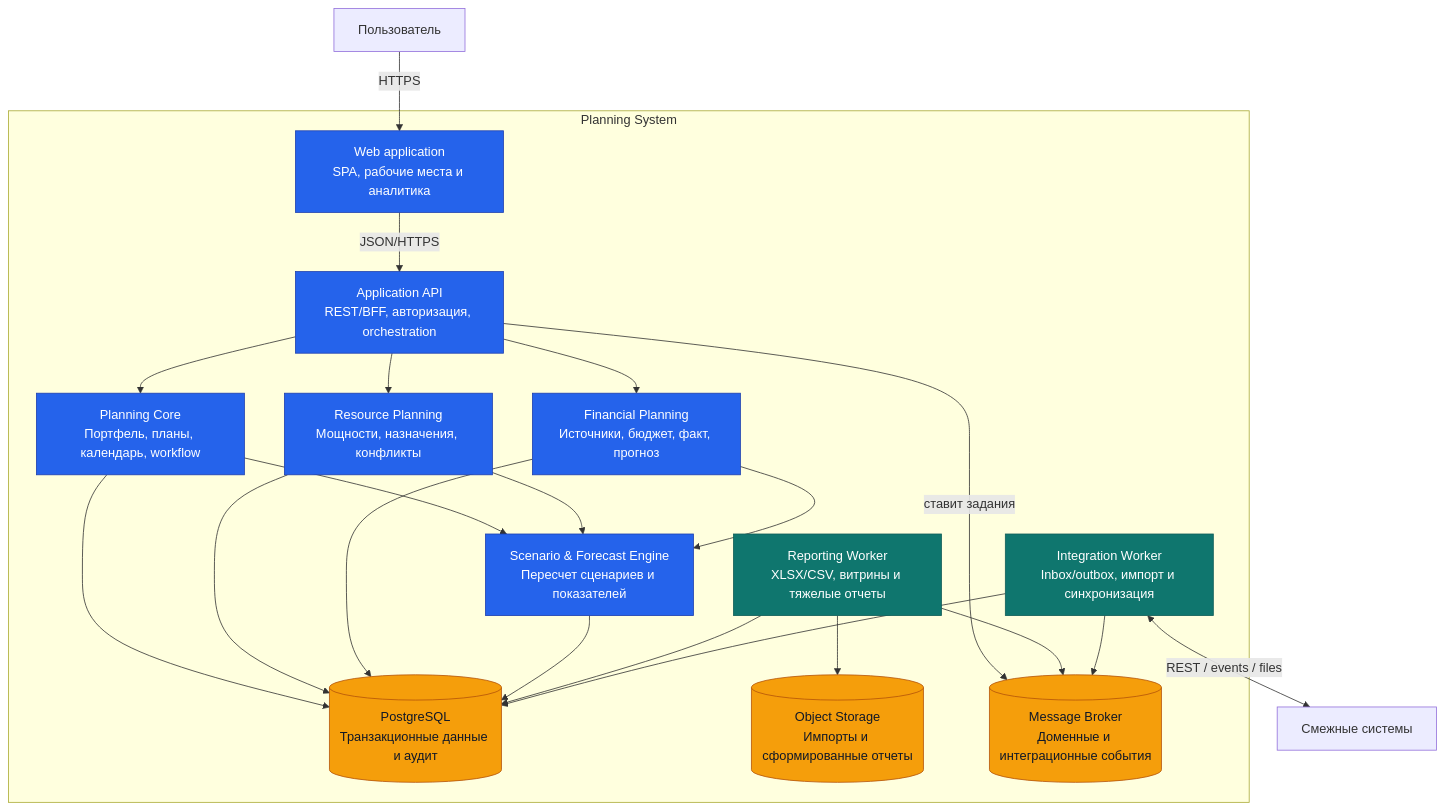
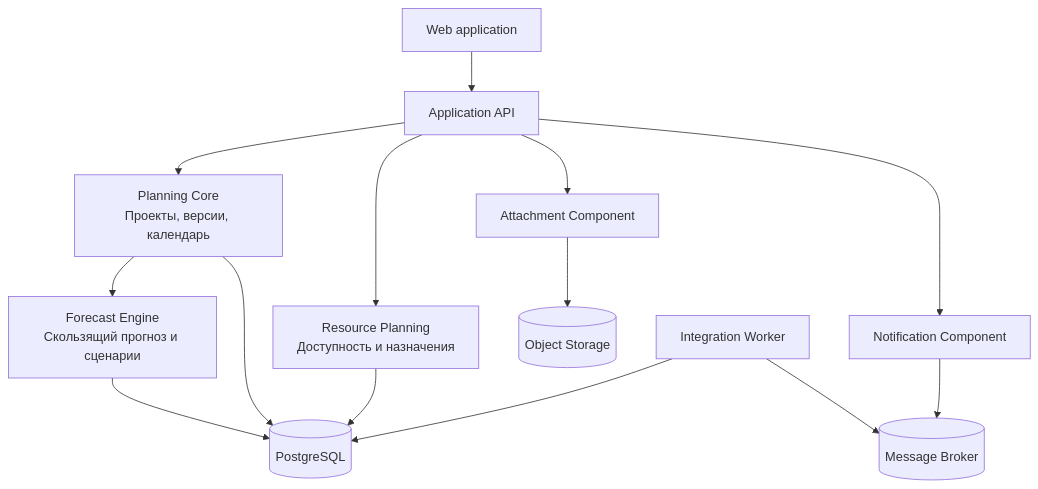
Before and after one commit to MEPhI-C22-501/arch-info-system-monorepo: the diagram in planning-system/docs/diagrams/02-c4-container.mmd, drawn with Mermaid. The commit also changed 15 other files, not shown here.

Commit message:
docs: finalize planning system requirements

```diff
--- a/planning-system/docs/diagrams/02-c4-container.mmd
+++ b/planning-system/docs/diagrams/02-c4-container.mmd
@@ -1,45 +1,14 @@
 flowchart TB
-  user["Пользователь"]
-  ext["Смежные системы"]
-
-  subgraph ps["Planning System"]
-    web["Web application<br/>SPA, рабочие места и аналитика"]
-    api["Application API<br/>REST/BFF, авторизация, orchestration"]
-    core["Planning Core<br/>Портфель, планы, календарь, workflow"]
-    res["Resource Planning<br/>Мощности, назначения, конфликты"]
-    money["Financial Planning<br/>Источники, бюджет, факт, прогноз"]
-    calc["Scenario & Forecast Engine<br/>Пересчет сценариев и показателей"]
-    report["Reporting Worker<br/>XLSX/CSV, витрины и тяжелые отчеты"]
-    integration["Integration Worker<br/>Inbox/outbox, импорт и синхронизация"]
-    db[("PostgreSQL<br/>Транзакционные данные и аудит")]
-    objects[("Object Storage<br/>Импорты и сформированные отчеты")]
-    broker[("Message Broker<br/>Доменные и интеграционные события")]
-  end
-
-  user -->|"HTTPS"| web
-  web -->|"JSON/HTTPS"| api
-  api --> core
-  api --> res
-  api --> money
-  core --> calc
-  res --> calc
-  money --> calc
-  core --> db
-  res --> db
-  money --> db
-  calc --> db
-  api -->|"ставит задания"| broker
-  report --> broker
-  integration --> broker
-  report --> db
-  report --> objects
-  integration --> db
-  integration <-->|"REST / events / files"| ext
-
-  classDef boundary fill:#f8fafc,stroke:#94a3b8;
-  classDef container fill:#2563eb,color:#fff,stroke:#1e40af;
-  classDef worker fill:#0f766e,color:#fff,stroke:#115e59;
-  classDef store fill:#f59e0b,color:#111827,stroke:#b45309;
-  class web,api,core,res,money,calc container;
-  class report,integration worker;
-  class db,objects,broker store;
+  web["Web application"] --> api["Application API"]
+  api --> core["Planning Core<br/>Проекты, версии, календарь"]
+  api --> resource["Resource Planning<br/>Доступность и назначения"]
+  core --> forecast["Forecast Engine<br/>Скользящий прогноз и сценарии"]
+  api --> attach["Attachment Component"]
+  api --> notify["Notification Component"]
+  core --> db[("PostgreSQL")]
+  resource --> db
+  forecast --> db
+  attach --> storage[("Object Storage")]
+  integration["Integration Worker"] --> db
+  integration --> broker[("Message Broker")]
+  notify --> broker
```
